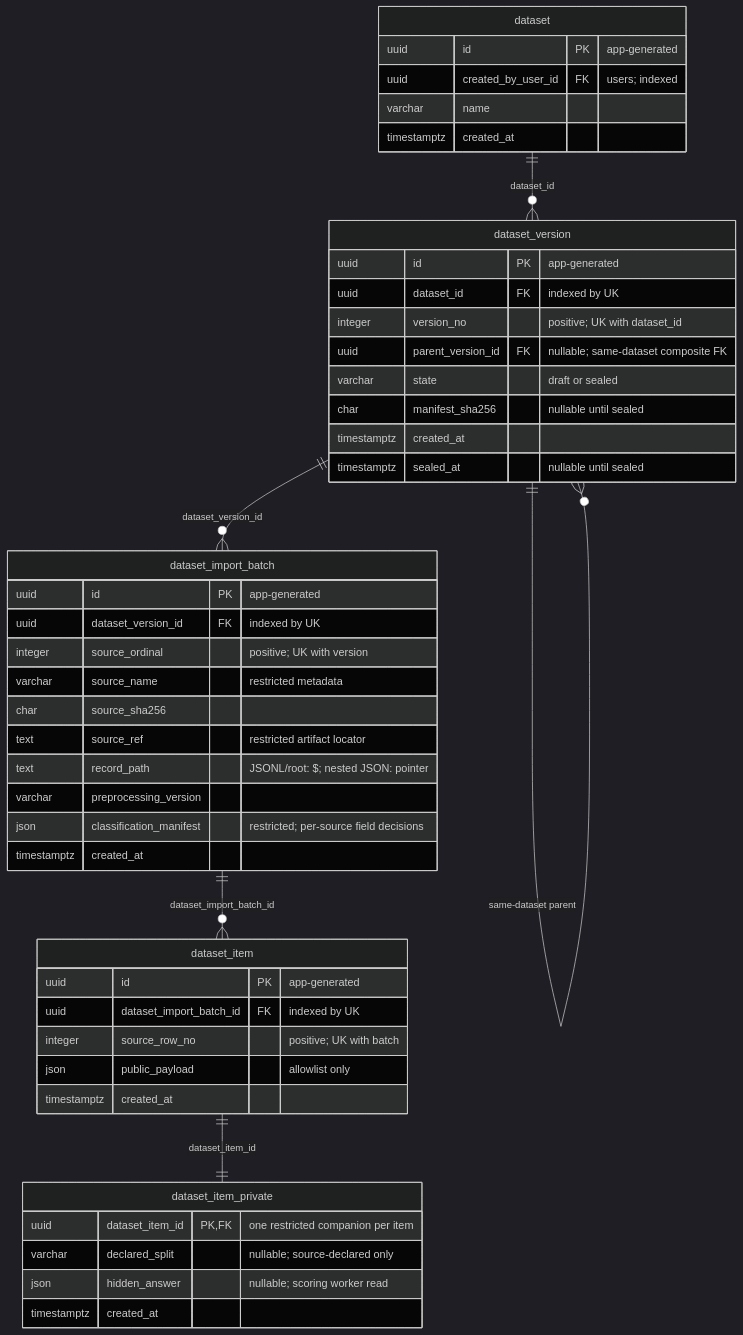
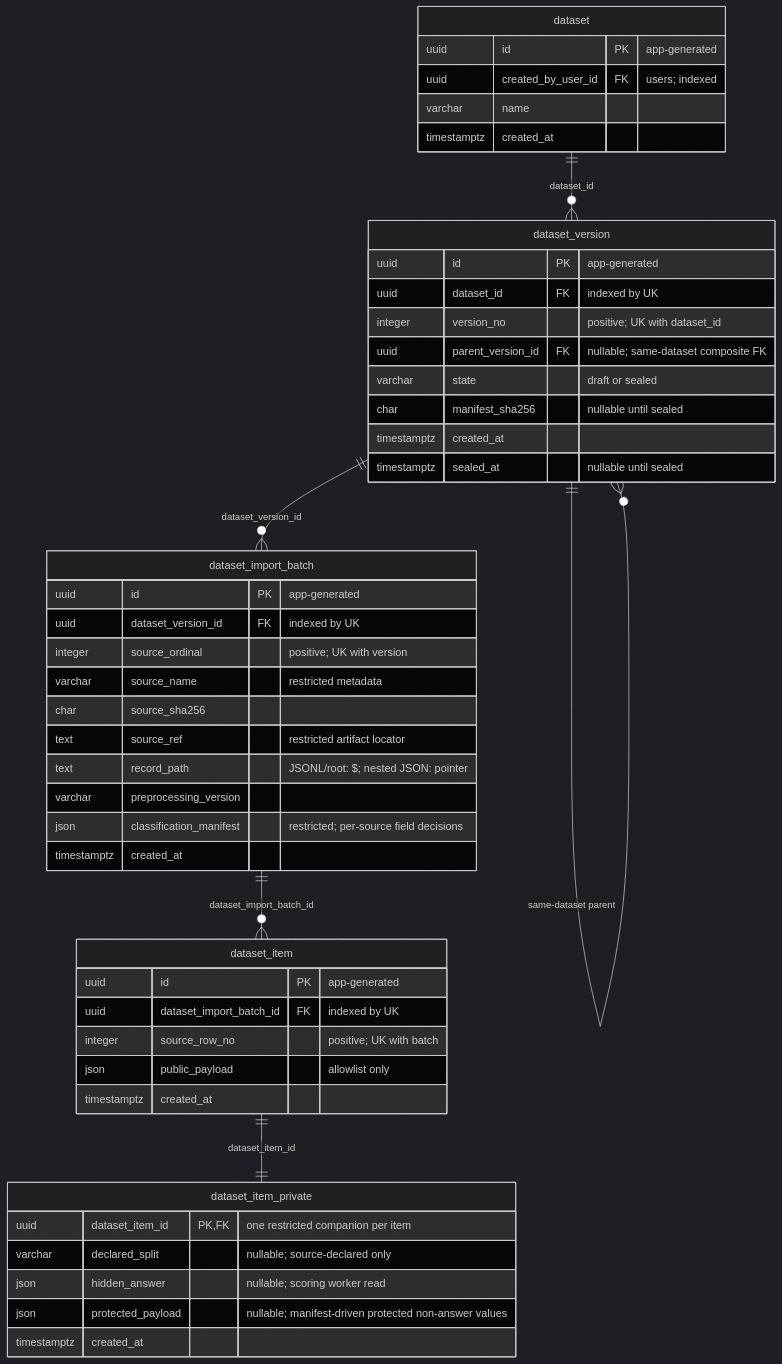
Before and after one commit to singyichen/label-suite: the diagram in docs/diagrams/architecture/dataset-db-schema.md, drawn with Mermaid (dark theme). The commit also changed other lines of this file and 4 other files, not shown here.

First line of the commit message:
docs(dataset): add protected_payload column to dictionary, ER JSON and inventory (#1228)

````diff
--- a/docs/diagrams/architecture/dataset-db-schema.md
+++ b/docs/diagrams/architecture/dataset-db-schema.md
@@ -23,50 +23,51 @@
 ```mermaid
 erDiagram
     dataset {
         uuid id PK "app-generated"
         uuid created_by_user_id FK "users; indexed"
         varchar name
         timestamptz created_at
     }
     dataset_version {
         uuid id PK "app-generated"
         uuid dataset_id FK "indexed by UK"
         integer version_no "positive; UK with dataset_id"
         uuid parent_version_id FK "nullable; same-dataset composite FK"
         varchar state "draft or sealed"
         char manifest_sha256 "nullable until sealed"
         timestamptz created_at
         timestamptz sealed_at "nullable until sealed"
     }
     dataset_import_batch {
         uuid id PK "app-generated"
         uuid dataset_version_id FK "indexed by UK"
         integer source_ordinal "positive; UK with version"
         varchar source_name "restricted metadata"
         char source_sha256
         text source_ref "restricted artifact locator"
         text record_path "JSONL/root: $; nested JSON: pointer"
         varchar preprocessing_version
         json classification_manifest "restricted; per-source field decisions"
         timestamptz created_at
     }
     dataset_item {
         uuid id PK "app-generated"
         uuid dataset_import_batch_id FK "indexed by UK"
         integer source_row_no "positive; UK with batch"
         json public_payload "allowlist only"
         timestamptz created_at
     }
     dataset_item_private {
         uuid dataset_item_id PK,FK "one restricted companion per item"
         varchar declared_split "nullable; source-declared only"
         json hidden_answer "nullable; scoring worker read"
+        json protected_payload "nullable; manifest-driven protected non-answer values"
         timestamptz created_at
     }
 
     dataset ||--o{ dataset_version : "dataset_id"
     dataset_version ||--o{ dataset_version : "same-dataset parent"
     dataset_version ||--o{ dataset_import_batch : "dataset_version_id"
     dataset_import_batch ||--o{ dataset_item : "dataset_import_batch_id"
     dataset_item ||--|| dataset_item_private : "dataset_item_id"
 ```
````
